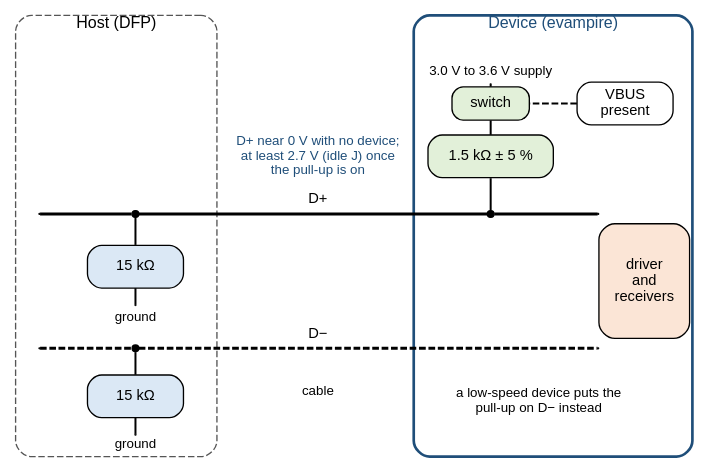
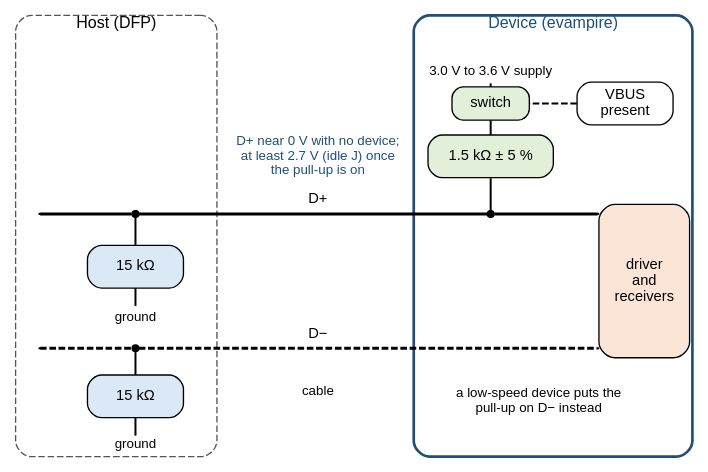
One commit to mithro/evampire changed the diagram in docs/usb-serial/signalling/connect.dot. Above: the diagram before and after it, drawn with Graphviz.

Commit message:
Join D+ and D- to the driver and receivers box

```diff
--- a/docs/usb-serial/signalling/connect.dot
+++ b/docs/usb-serial/signalling/connect.dot
@@ -1,68 +1,68 @@
 // Connect detection on a full-speed link: the host's pull-down resistors
 // on D+ and D-, and the device's switched pull-up on D+.
 //
 // Fixed grid (positions in inches): D+ runs along y=2.4 and D- along
 // y=1.0; the host is on the left (x < 2.3), the cable in the middle and
 // the device on the right (x > 4.3).
 //
 // SPDX-License-Identifier: Apache-2.0
 
 graph connect {
     graph [layout=neato, splines=false, overlap=true, outputorder=nodesfirst,
            fontname="Helvetica", size="7.4,5"];
     node  [shape=box, style="rounded,filled", fillcolor="#f2f2f2",
            fontname="Helvetica", fontsize=11, width=1.2, height=0.45,
            fixedsize=true];
     edge  [penwidth=1.5];
 
     host [pos="1.2,2.17!", width=2.1, height=4.6, label="Host (DFP)",
           labelloc=t, style="rounded,dashed", fillcolor="none",
           color="#555555", fontsize=12];
     dev  [pos="5.75,2.17!", width=2.9, height=4.6, label="Device (evampire)",
           labelloc=t, style="rounded,bold", fillcolor="none",
           color="#1f4e79", fontcolor="#1f4e79", fontsize=12];
 
     rpd_p [pos="1.4,1.85!", width=1.0, label="15 kΩ", fillcolor="#dbe8f5"];
     rpd_n [pos="1.4,0.5!", width=1.0, label="15 kΩ", fillcolor="#dbe8f5"];
     rpu   [pos="5.1,3.0!", width=1.3, label="1.5 kΩ ± 5 %", fillcolor="#e2f0d9"];
     sw    [pos="5.1,3.55!", width=0.8, height=0.35, label="switch",
            fillcolor="#e2f0d9"];
     vbus  [pos="6.5,3.55!", width=1.0, height=0.45, label="VBUS\npresent",
            fillcolor="#ffffff"];
-    trx   [pos="6.7,1.7!", width=0.95, height=1.2, label="driver\nand\nreceivers",
+    trx   [pos="6.7,1.7!", width=0.95, height=1.6, label="driver\nand\nreceivers",
            fillcolor="#fbe5d6"];
 
     // Text labels.
     node  [shape=plaintext, style="", fontsize=10, width=1.0, height=0.2];
     vt_l  [pos="5.1,3.88!", width=1.6, label="3.0 V to 3.6 V supply"];
     g1_l  [pos="1.4,1.32!", width=0.7, label="ground"];
     g2_l  [pos="1.4,0.0!", width=0.7, label="ground"];
     dp_l  [pos="3.3,2.55!", width=0.5, fontsize=11, label="D+"];
     dn_l  [pos="3.3,1.15!", width=0.5, fontsize=11, label="D−"];
     cab_l [pos="3.3,0.55!", width=1.4, label="cable"];
     st_l  [pos="3.3,3.0!", width=2.0, height=0.5, fontcolor="#1f4e79",
            label="D+ near 0 V with no device;\nat least 2.7 V (idle J) once\nthe pull-up is on"];
     ls_l  [pos="5.6,0.45!", width=2.4, height=0.35,
            label="a low-speed device puts the\npull-up on D− instead"];
 
     // Junctions and corners.
     node  [shape=point, width=0.07, height=0.07, label="", style=filled,
            fillcolor=black];
     jp_h  [pos="1.4,2.4!"];
     jn_h  [pos="1.4,1.0!"];
     jp_d  [pos="5.1,2.4!"];
     gp    [pos="1.4,1.45!", width=0.01];
     gn    [pos="1.4,0.1!", width=0.01];
     hp    [pos="0.4,2.4!", width=0.01];
     hn    [pos="0.4,1.0!", width=0.01];
     tp    [pos="6.22,2.4!", width=0.01];
     tn    [pos="6.22,1.0!", width=0.01];
     vt    [pos="5.1,3.75!", width=0.01];
 
     hp -- jp_h -- jp_d -- tp [penwidth=2.2];
     hn -- jn_h -- tn [penwidth=2.2, style=dashed];
     jp_h -- rpd_p -- gp;
     jn_h -- rpd_n -- gn;
     jp_d -- rpu -- sw -- vt;
     vbus -- sw [style=dashed, label=""];
 }
```
